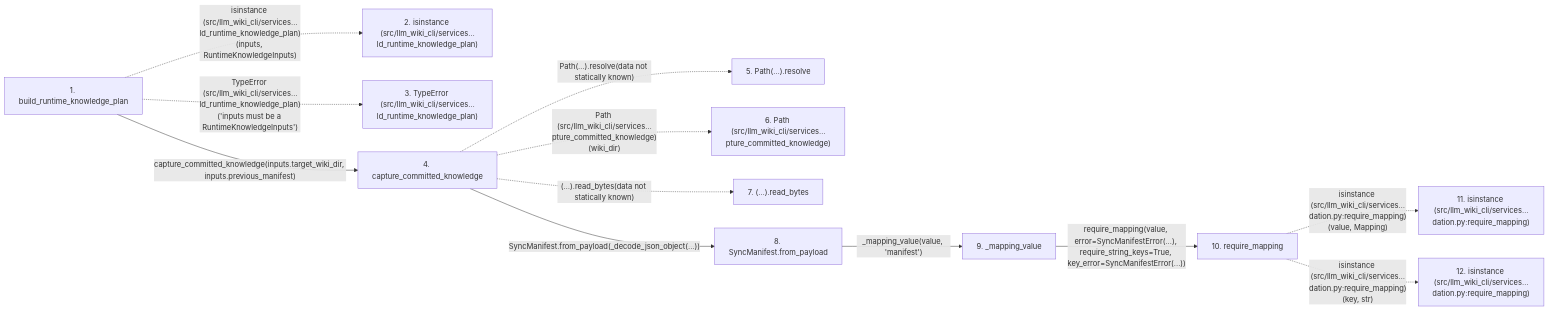
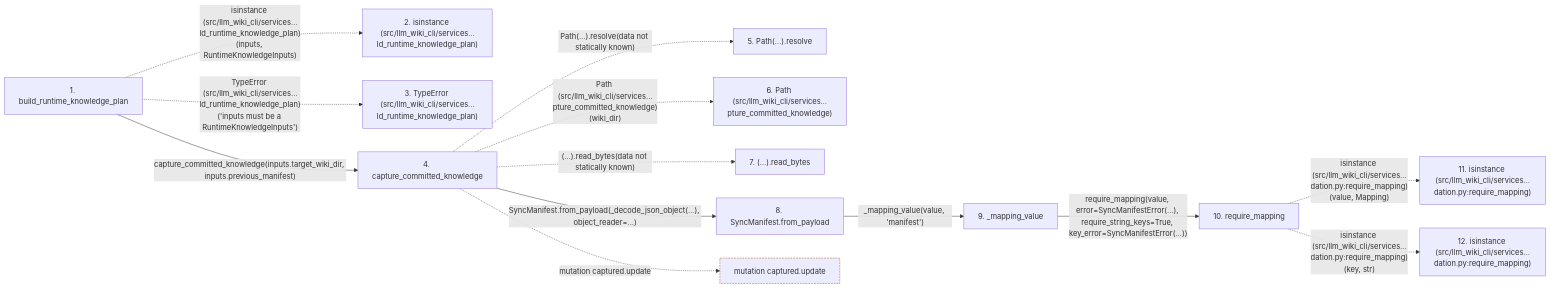
One commit to Denissvgn/python-wiki-llm changed the second of 2 diagrams in docs/llm_wiki/flows/api-build_runtime_knowledge_plan.md. Above: the diagram before and after it, drawn with Mermaid. The commit also changed other lines of this file and 865 other files, not shown here.

````diff
--- a/docs/llm_wiki/flows/api-build_runtime_knowledge_plan.md
+++ b/docs/llm_wiki/flows/api-build_runtime_knowledge_plan.md
@@ -101,31 +105,35 @@
 ```mermaid
 flowchart LR
     s1["1. build_runtime_knowledge_plan"]
     s2["2. isinstance (src/llm_wiki_cli/services…ld_runtime_knowledge_plan)"]
     s3["3. TypeError (src/llm_wiki_cli/services…ld_runtime_knowledge_plan)"]
     s4["4. capture_committed_knowledge"]
     s5["5. Path(…).resolve"]
     s6["6. Path (src/llm_wiki_cli/services…pture_committed_knowledge)"]
     s7["7. (…).read_bytes"]
     s8["8. SyncManifest.from_payload"]
     s9["9. _mapping_value"]
     s10["10. require_mapping"]
     s11["11. isinstance (src/llm_wiki_cli/services…dation.py:require_mapping)"]
     s12["12. isinstance (src/llm_wiki_cli/services…dation.py:require_mapping)"]
     s1 -. "isinstance (src/llm_wiki_cli/services…ld_runtime_knowledge_plan)(inputs, RuntimeKnowledgeInputs)" .-> s2
     s1 -. "TypeError (src/llm_wiki_cli/services…ld_runtime_knowledge_plan)('inputs must be a RuntimeKnowledgeInputs')" .-> s3
     s1 -->|"capture_committed_knowledge(inputs.target_wiki_dir, inputs.previous_manifest)"| s4
     s4 -. "Path(…).resolve(data not statically known)" .-> s5
     s4 -. "Path (src/llm_wiki_cli/services…pture_committed_knowledge)(wiki_dir)" .-> s6
     s4 -. "(…).read_bytes(data not statically known)" .-> s7
-    s4 -->|"SyncManifest.from_payload(_decode_json_object(...))"| s8
+    s4 -->|"SyncManifest.from_payload(_decode_json_object(...), object_reader=...)"| s8
     s8 -->|"_mapping_value(value, 'manifest')"| s9
     s9 -->|"require_mapping(value, error=SyncManifestError(...), require_string_keys=True, key_error=SyncManifestError(...))"| s10
     s10 -. "isinstance (src/llm_wiki_cli/services…dation.py:require_mapping)(value, Mapping)" .-> s11
     s10 -. "isinstance (src/llm_wiki_cli/services…dation.py:require_mapping)(key, str)" .-> s12
+    b0["mutation captured.update"]
+    s4 -. "mutation captured.update" .-> b0
     click s1 "../modules/knowledge_orchestration.md"
     click s4 "../modules/knowledge_orchestration.md"
     click s8 "../modules/sync_manifest.md"
     click s9 "../modules/sync_manifest.md"
     click s10 "../modules/validation.md"
+    classDef boundary stroke:#b45309,stroke-dasharray: 4 2
+    class b0 boundary
 ```
````
